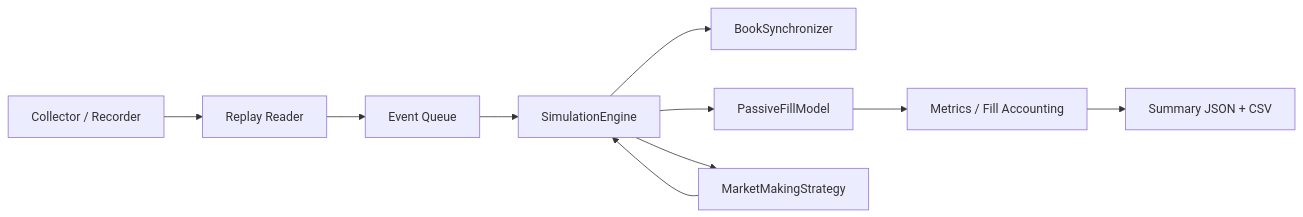
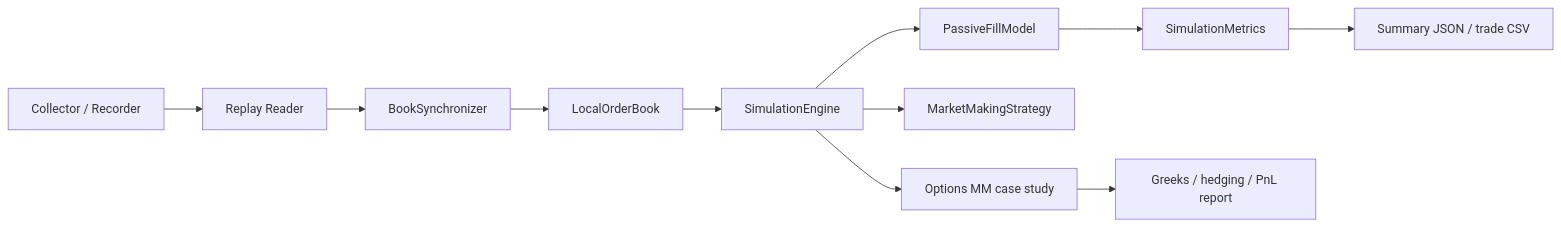
One commit to gobrienHFT/lob_sim changed the diagram in README.md. Above: the diagram before and after it, drawn with Mermaid. The commit also changed other lines of this file and 11 other files, not shown here.

Commit message:
feat(demo): add options MM case study and verbose scenario runners

````diff
--- a/README.md
+++ b/README.md
@@ -111,12 +185,13 @@
 ```mermaid
 flowchart LR
-  A[Collector / Recorder] --> B[Replay Reader]
-  B --> C[Event Queue]
-  C --> D[SimulationEngine]
-  D --> E[BookSynchronizer]
-  D --> F[PassiveFillModel]
-  D --> G[MarketMakingStrategy]
-  G --> D
-  F --> H[Metrics / Fill Accounting]
-  H --> I[Summary JSON + CSV]
+  A["Collector / Recorder"] --> B["Replay Reader"]
+  B --> C["BookSynchronizer"]
+  C --> D["LocalOrderBook"]
+  D --> E["SimulationEngine"]
+  E --> F["PassiveFillModel"]
+  E --> G["MarketMakingStrategy"]
+  F --> H["SimulationMetrics"]
+  H --> I["Summary JSON / trade CSV"]
+  E --> J["Options MM case study"]
+  J --> K["Greeks / hedging / PnL report"]
 ```
````
